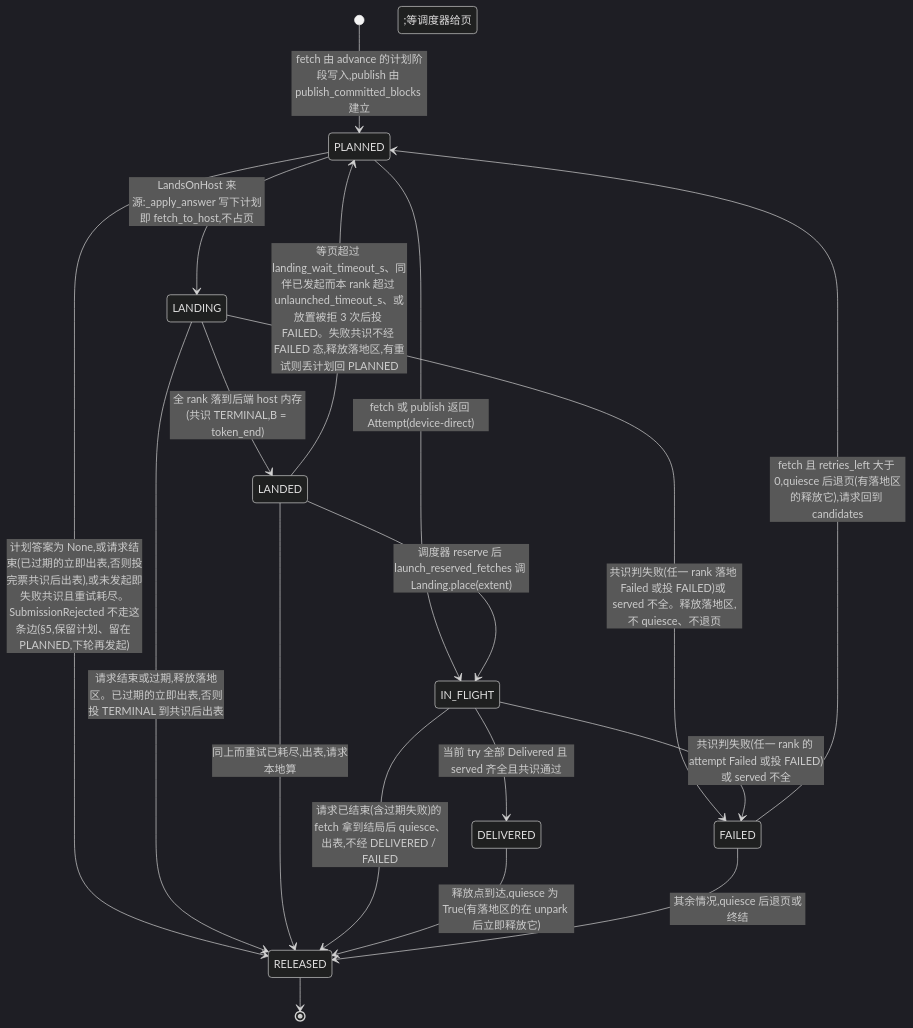
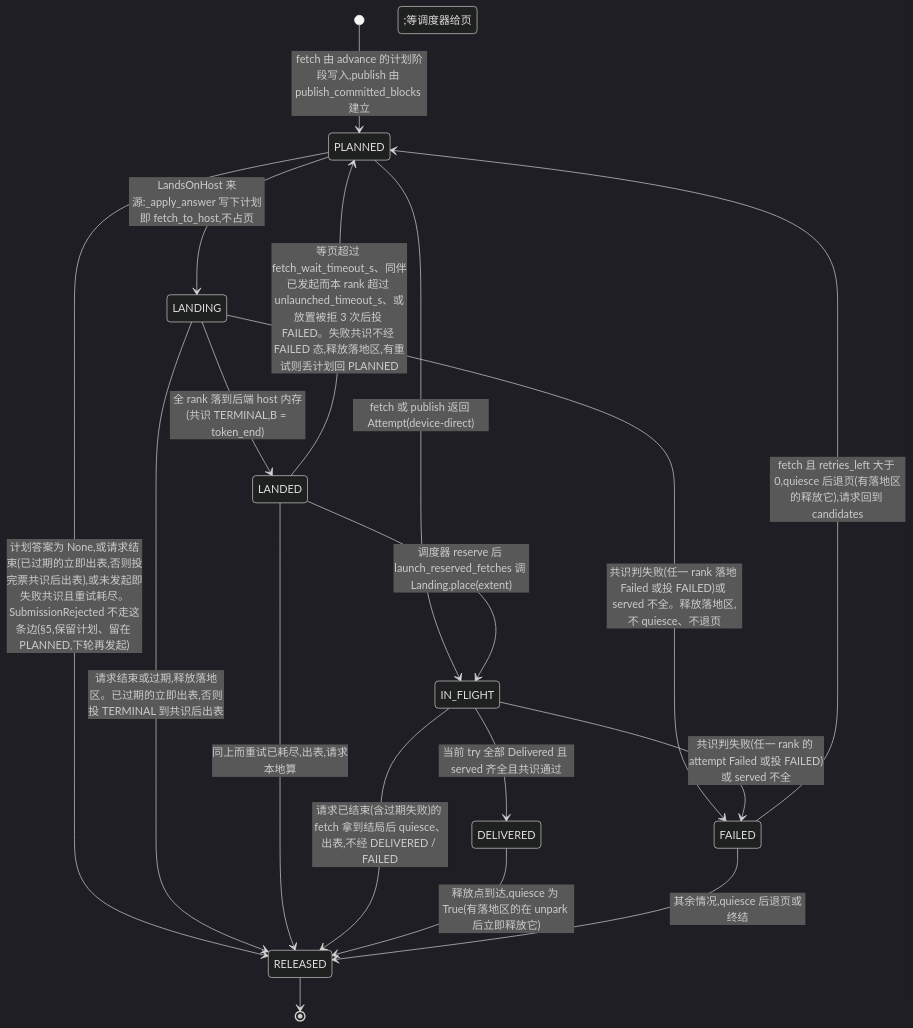
The fourth of 6 diagrams in docs/shared/KV_TRANSFER_COORDINATOR_DESIGN.zh.md (chuangz0/TensorRT-LLM), drawn with Mermaid (dark theme) before and after one commit. The commit also changed other lines of this file and 36 other files, not shown here.

````diff
--- a/docs/shared/KV_TRANSFER_COORDINATOR_DESIGN.zh.md
+++ b/docs/shared/KV_TRANSFER_COORDINATOR_DESIGN.zh.md
@@ -267,20 +267,20 @@
 ```mermaid
 stateDiagram-v2
     [*] --> PLANNED: fetch 由 advance 的计划阶段写入,publish 由 publish_committed_blocks 建立
     PLANNED --> IN_FLIGHT: fetch 或 publish 返回 Attempt(device-direct)
     PLANNED --> LANDING: LandsOnHost 来源:_apply_answer 写下计划即 fetch_to_host,不占页
     PLANNED --> RELEASED: 计划答案为 None,或请求结束(已过期的立即出表,否则投完票共识后出表),或未发起即失败共识且重试耗尽。SubmissionRejected 不走这条边(§5,保留计划、留在 PLANNED,下轮再发起)
     LANDING --> LANDED: 全 rank 落到后端 host 内存(共识 TERMINAL,B = token_end);等调度器给页
     LANDING --> FAILED: 共识判失败(任一 rank 落地 Failed 或投 FAILED)或 served 不全。释放落地区,不 quiesce、不退页
     LANDING --> RELEASED: 请求结束或过期,释放落地区。已过期的立即出表,否则投 TERMINAL 到共识后出表
     LANDED --> IN_FLIGHT: 调度器 reserve 后 launch_reserved_fetches 调 Landing.place(extent)
-    LANDED --> PLANNED: 等页超过 landing_wait_timeout_s、同伴已发起而本 rank 超过 unlaunched_timeout_s、或放置被拒 3 次后投 FAILED。失败共识不经 FAILED 态,释放落地区,有重试则丢计划回 PLANNED
+    LANDED --> PLANNED: 等页超过 fetch_wait_timeout_s、同伴已发起而本 rank 超过 unlaunched_timeout_s、或放置被拒 3 次后投 FAILED。失败共识不经 FAILED 态,释放落地区,有重试则丢计划回 PLANNED
     LANDED --> RELEASED: 同上而重试已耗尽,出表,请求本地算
     IN_FLIGHT --> DELIVERED: 当前 try 全部 Delivered 且 served 齐全且共识通过
     IN_FLIGHT --> FAILED: 共识判失败(任一 rank 的 attempt Failed 或投 FAILED)或 served 不全
     IN_FLIGHT --> RELEASED: 请求已结束(含过期失败)的 fetch 拿到结局后 quiesce、出表,不经 DELIVERED / FAILED
     DELIVERED --> RELEASED: 释放点到达,quiesce 为 True(有落地区的在 unpark 后立即释放它)
     FAILED --> PLANNED: fetch 且 retries_left 大于 0,quiesce 后退页(有落地区的释放它),请求回到 candidates
     FAILED --> RELEASED: 其余情况,quiesce 后退页或终结
     RELEASED --> [*]
 ```
````
